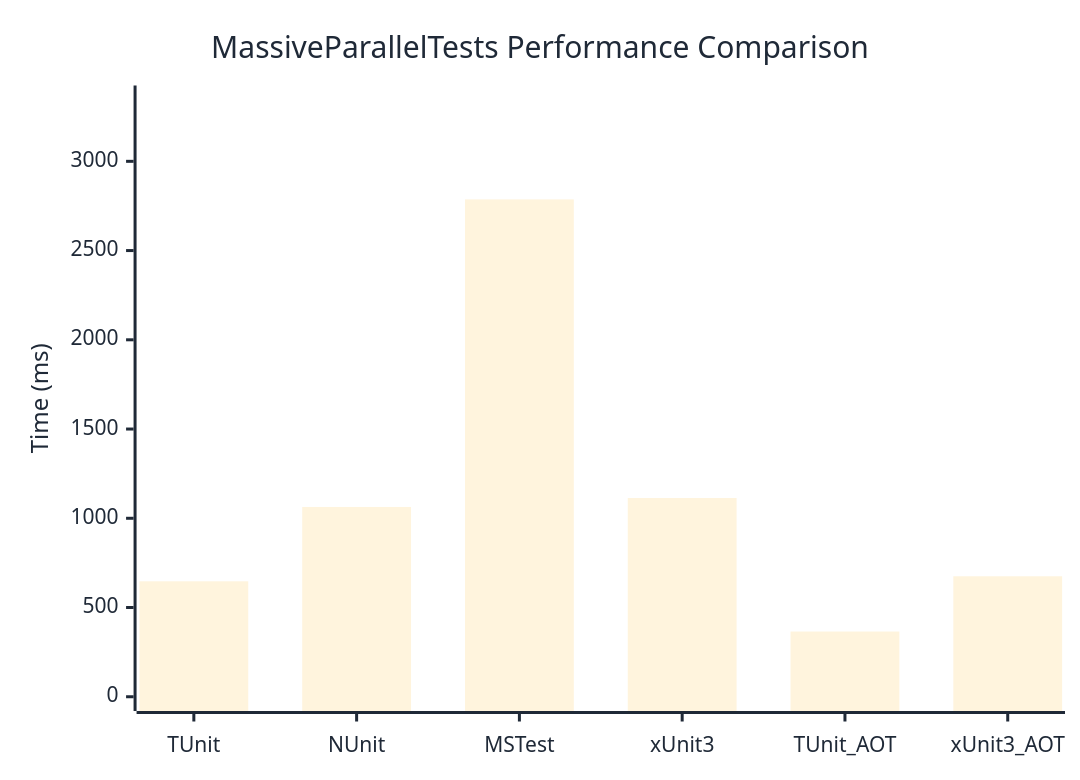
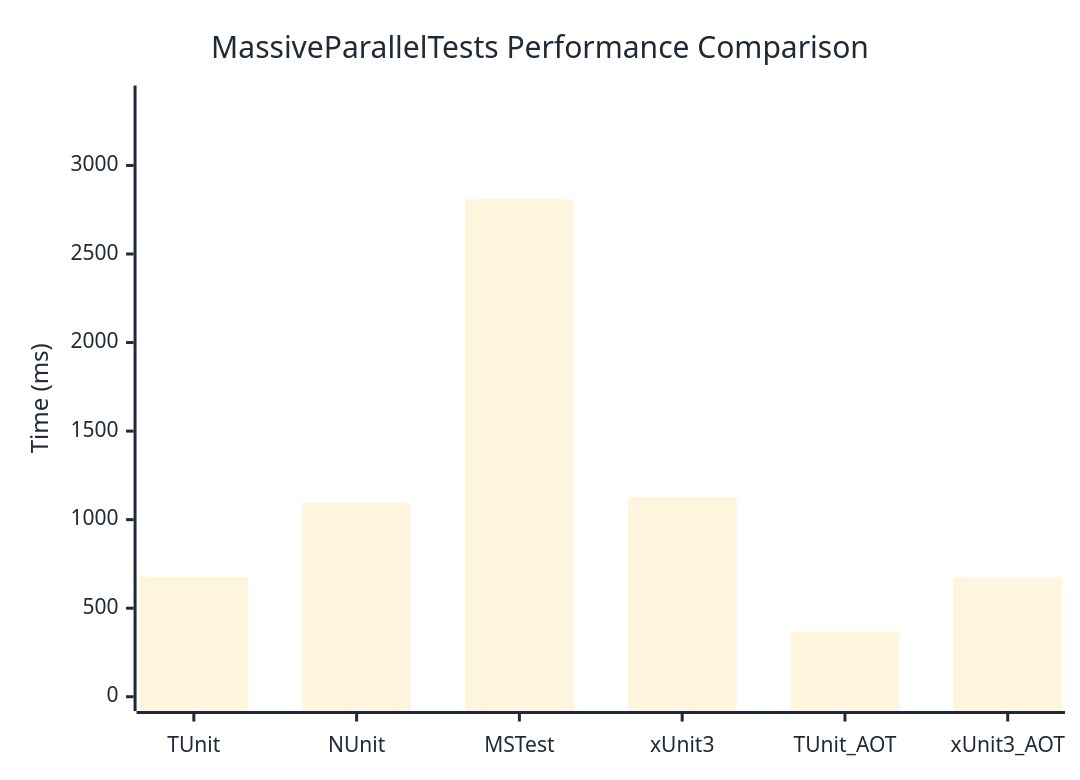
One commit to thomhurst/TUnit changed the diagram in docs/docs/benchmarks/engine/MassiveParallelTests.md. Above: the diagram before and after it, drawn with Mermaid. The commit also changed other lines of this file and 18 other files, not shown here.

````diff
--- a/docs/docs/benchmarks/engine/MassiveParallelTests.md
+++ b/docs/docs/benchmarks/engine/MassiveParallelTests.md
@@ -30,37 +30,37 @@
 ```mermaid
 %%{init: {
   'theme':'base',
   'themeVariables': {
     'primaryColor': '#2563eb',
     'primaryTextColor': '#1f2937',
     'primaryBorderColor': '#1e40af',
     'lineColor': '#6b7280',
     'secondaryColor': '#7c3aed',
     'tertiaryColor': '#dc2626',
     'background': '#ffffff',
     'mainBkg': '#2563eb',
     'secondBkg': '#7c3aed',
     'tertiaryBkg': '#dc2626',
     'clusterBkg': '#f3f4f6',
     'edgeLabelBackground': '#ffffff',
     'tertiaryTextColor': '#1f2937',
     'pie1': '#2563eb',
     'pie2': '#7c3aed',
     'pie3': '#dc2626',
     'pie4': '#f59e0b',
     'pie5': '#10b981',
     'pie6': '#06b6d4',
     'pie7': '#ec4899',
     'pie8': '#6366f1',
     'pie9': '#84cc16',
     'pie10': '#f97316',
     'pie11': '#14b8a6',
     'pie12': '#a855f7'
   }
 }}%%
 xychart-beta
   title "MassiveParallelTests Performance Comparison"
   x-axis ["TUnit", "NUnit", "MSTest", "xUnit3", "TUnit_AOT", "xUnit3_AOT"]
-  y-axis "Time (ms)" 0 --> 3345
-  bar [646.9, 1063.4, 2786.7, 1113.7, 365.4, 675.1]
+  y-axis "Time (ms)" 0 --> 3371
+  bar [676.6, 1092.8, 2808.9, 1126.3, 367.2, 672.5]
 ```
````
